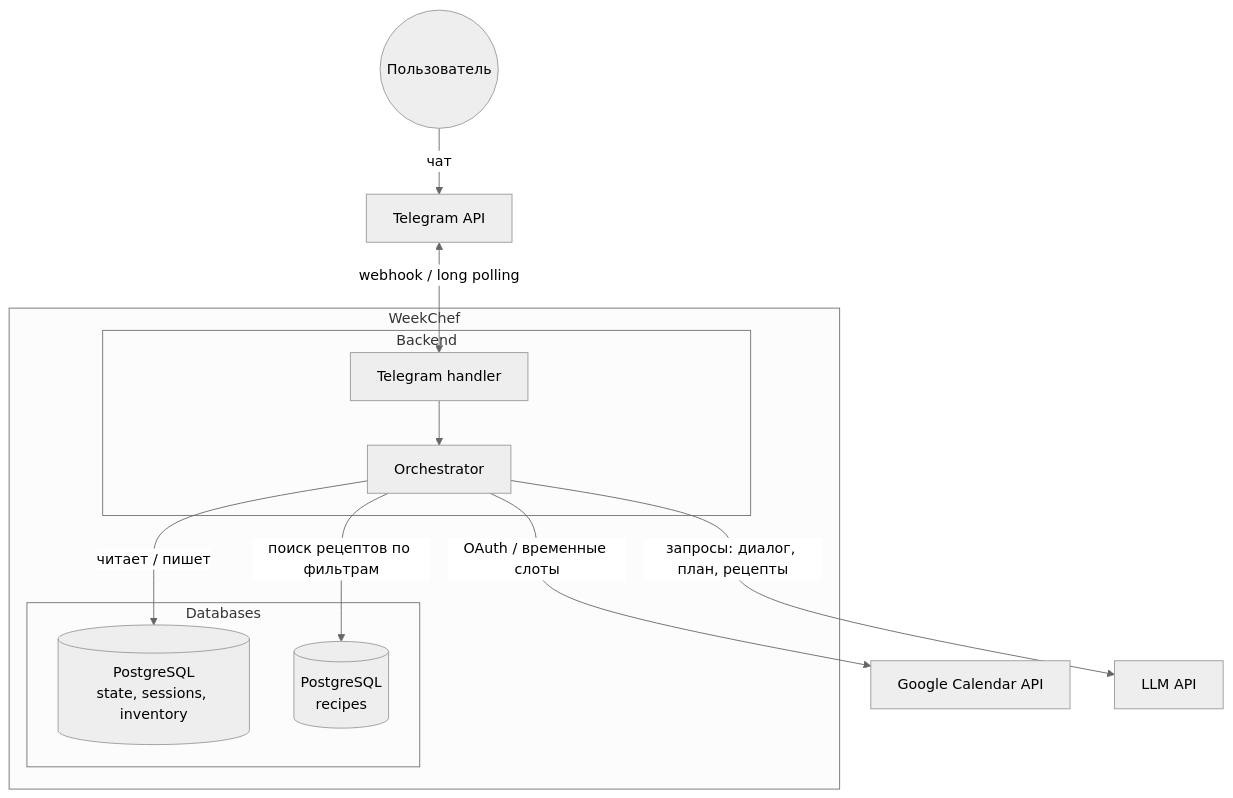
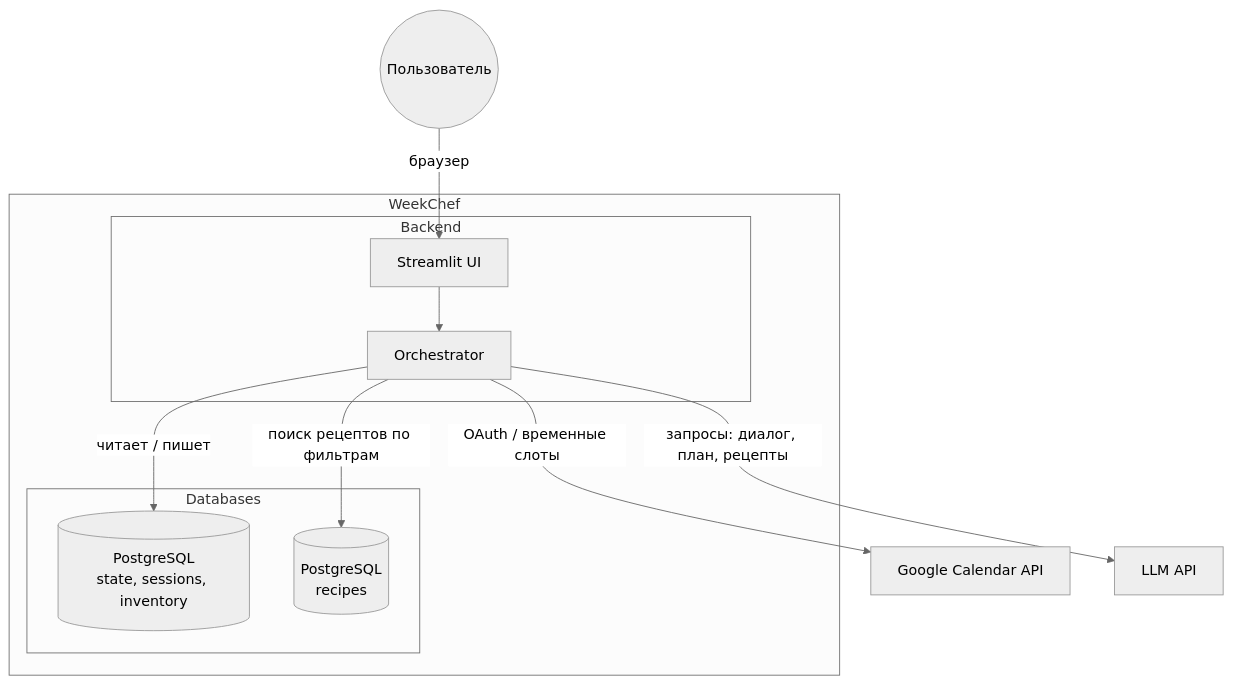
One commit to ShermanKsenia/week-chef changed the diagram in diagrams/c4-container.md. Above: the diagram before and after it, drawn with Mermaid (neutral theme). The commit also changed other lines of this file and 67 other files, not shown here.

First line of the commit message:
Streamlit в документации и диаграммах; profile_utils; observability; pipeline

````diff
--- a/diagrams/c4-container.md
+++ b/diagrams/c4-container.md
@@ -5,28 +5,26 @@
 ```mermaid
 flowchart TB
   User((Пользователь))
 
   subgraph sys["WeekChef"]
     subgraph db["Databases"]
       PG1[("PostgreSQL\nstate, sessions, inventory")]
       PG2[("PostgreSQL\nrecipes")]
     end
     subgraph be["Backend"]
-      TH[Telegram handler]
+      ST[Streamlit UI]
       OR[Orchestrator]
     end
   end
 
-  TG[Telegram API]
   GCal[Google Calendar API]
   LLM[LLM API]
 
-  User -->|чат| TG
-  TG <-->|webhook / long polling| TH
-  TH --> OR
+  User -->|браузер| ST
+  ST --> OR
 
   OR -->|читает / пишет| PG1
   OR -->|поиск рецептов по фильтрам| PG2
   OR -->|OAuth / временные слоты| GCal
   OR -->|запросы: диалог, план, рецепты| LLM
 ```
````
